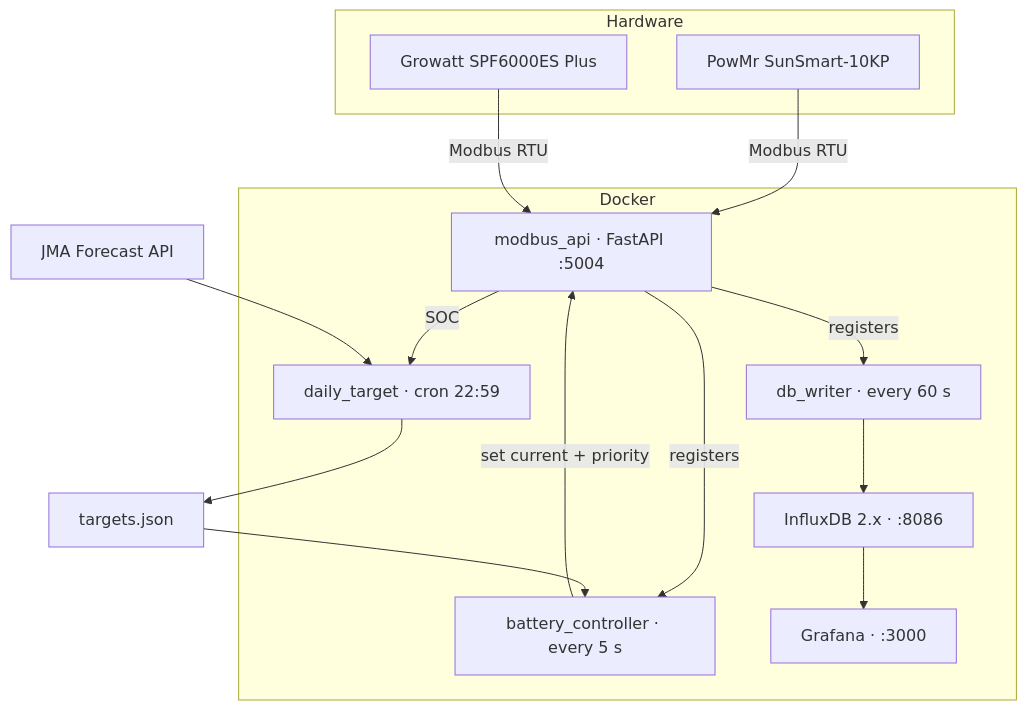
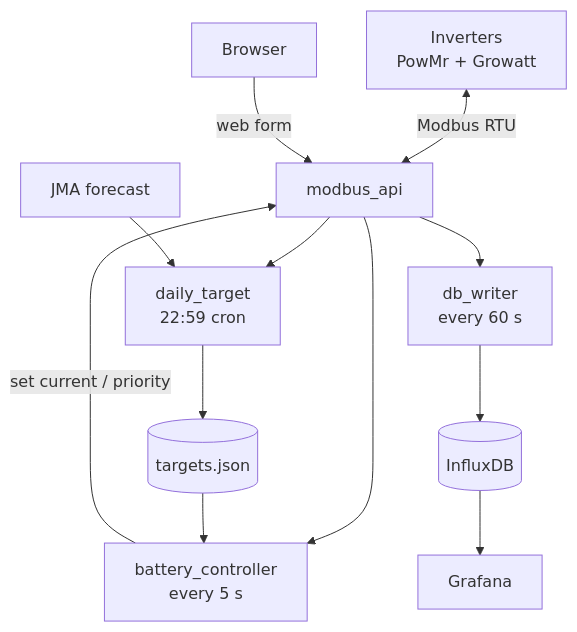
Before and after one commit to sadaoikebe/srne-solar-controller: the diagram in README.md, drawn with Mermaid. The commit also changed other lines of this file, not shown here.

````diff
--- a/README.md
+++ b/README.md
@@ -81,33 +22,20 @@
 ```mermaid
 graph TD
-    subgraph Hardware
-        HW1[PowMr SunSmart-10KP]
-        HW2[Growatt SPF6000ES Plus]
-    end
+    INV[Inverters<br/>PowMr + Growatt]
+    JMA[JMA forecast]
+    USER[Browser]
 
-    subgraph Docker
-        API["modbus_api · FastAPI :5004"]
-        BC["battery_controller · every 5 s"]
-        DW["db_writer · every 60 s"]
-        DT["daily_target · cron 22:59"]
-        IF["InfluxDB 2.x · :8086"]
-        GF["Grafana · :3000"]
-    end
+    INV <-->|Modbus RTU| API[modbus_api]
+    USER -->|web form| API
 
-    JMA[JMA Forecast API]
-    TJ[targets.json]
+    API --> BC[battery_controller<br/>every 5 s]
+    API --> DW[db_writer<br/>every 60 s]
+    API --> DT[daily_target<br/>22:59 cron]
+    BC -->|set current / priority| API
 
-    HW1 -->|Modbus RTU| API
-    HW2 -->|Modbus RTU| API
+    JMA --> DT
+    DT --> TJ[(targets.json)]
+    TJ --> BC
 
-    API -->|registers| BC
-    API -->|registers| DW
-    API -->|SOC| DT
-    BC  -->|set current + priority| API
-
-    DT  --> TJ
-    TJ  --> BC
-    DW  --> IF
-    IF  --> GF
-    JMA --> DT
+    DW --> IF[(InfluxDB)] --> GF[Grafana]
 ```
````
